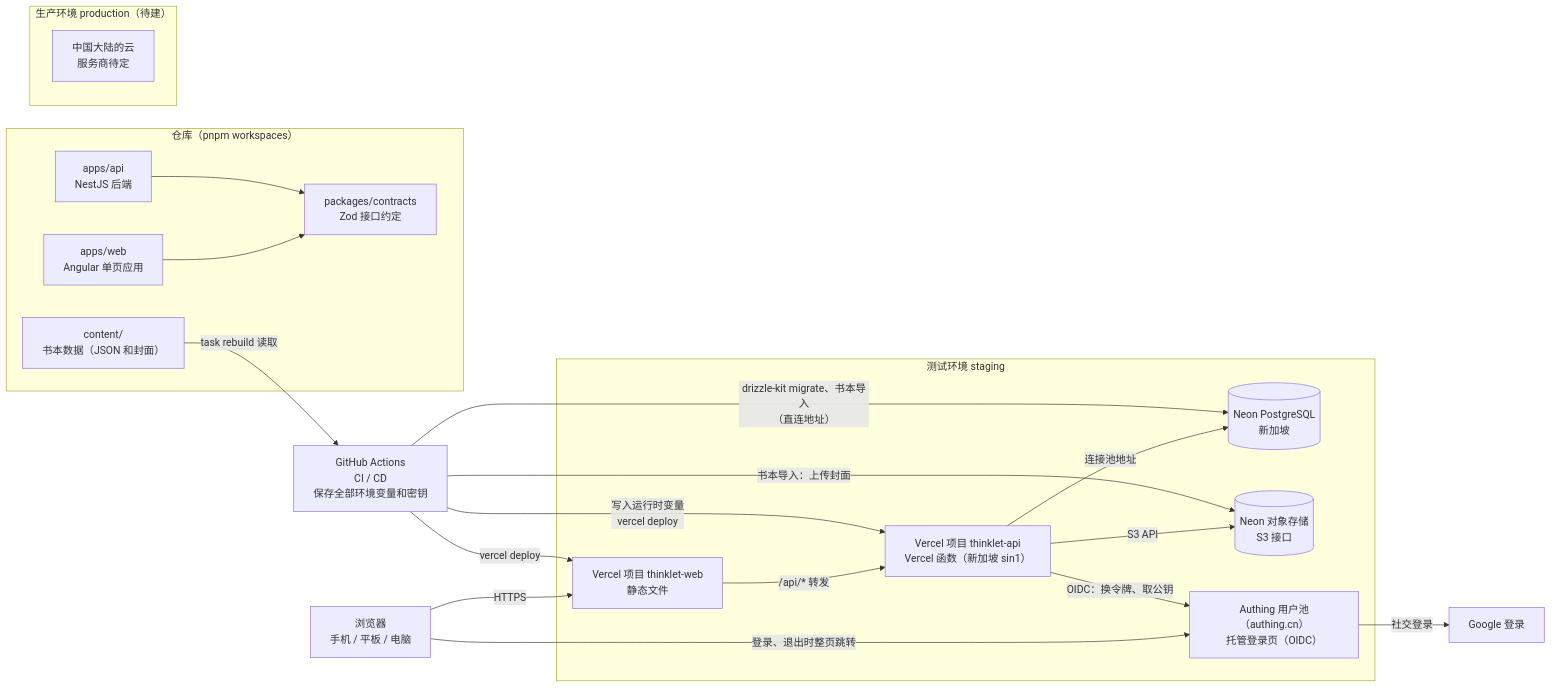
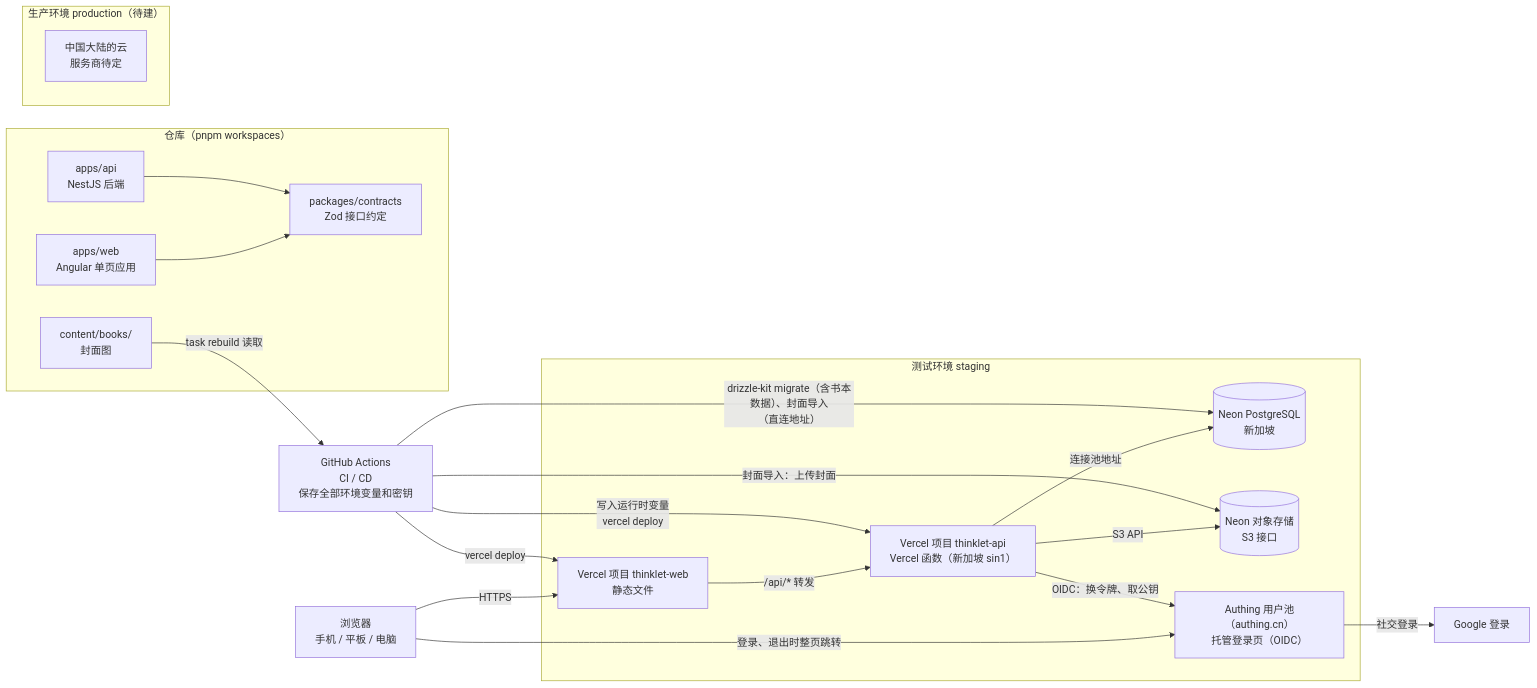
One commit to juanchaopan/thinklet changed the diagram in .docs/architecture.md. Above: the diagram before and after it, drawn with Mermaid. The commit also changed other lines of this file and 3 other files, not shown here.

````diff
--- a/.docs/architecture.md
+++ b/.docs/architecture.md
@@ -9,40 +9,40 @@
 ```mermaid
 flowchart LR
   browser["浏览器<br/>手机 / 平板 / 电脑"]
 
   subgraph repo["仓库（pnpm workspaces）"]
     web["apps/web<br/>Angular 单页应用"]
     api["apps/api<br/>NestJS 后端"]
     contracts["packages/contracts<br/>Zod 接口约定"]
-    content["content/<br/>书本数据（JSON 和封面）"]
+    content["content/books/<br/>封面图"]
   end
 
   subgraph staging["测试环境 staging"]
     vweb["Vercel 项目 thinklet-web<br/>静态文件"]
     vapi["Vercel 项目 thinklet-api<br/>Vercel 函数（新加坡 sin1）"]
     npg[("Neon PostgreSQL<br/>新加坡")]
     ns3[("Neon 对象存储<br/>S3 接口")]
     authing["Authing 用户池（authing.cn）<br/>托管登录页（OIDC）"]
   end
 
   subgraph production["生产环境 production（待建）"]
     cn["中国大陆的云<br/>服务商待定"]
   end
 
   google["Google 登录"]
 
   web --> contracts
   api --> contracts
   browser -->|"HTTPS"| vweb
   browser -->|"登录、退出时整页跳转"| authing
   vweb -->|"/api/* 转发"| vapi
   vapi -->|"连接池地址"| npg
   vapi -->|"S3 API"| ns3
   vapi -->|"OIDC：换令牌、取公钥"| authing
   authing -->|"社交登录"| google
-  gha["GitHub Actions<br/>CI / CD<br/>保存全部环境变量和密钥"] -->|"drizzle-kit migrate、书本导入<br/>（直连地址）"| npg
+  gha["GitHub Actions<br/>CI / CD<br/>保存全部环境变量和密钥"] -->|"drizzle-kit migrate（含书本数据）、封面导入<br/>（直连地址）"| npg
   content -->|"task rebuild 读取"| gha
-  gha -->|"书本导入：上传封面"| ns3
+  gha -->|"封面导入：上传封面"| ns3
   gha -->|"vercel deploy"| vweb
   gha -->|"写入运行时变量<br/>vercel deploy"| vapi
 ```
````
